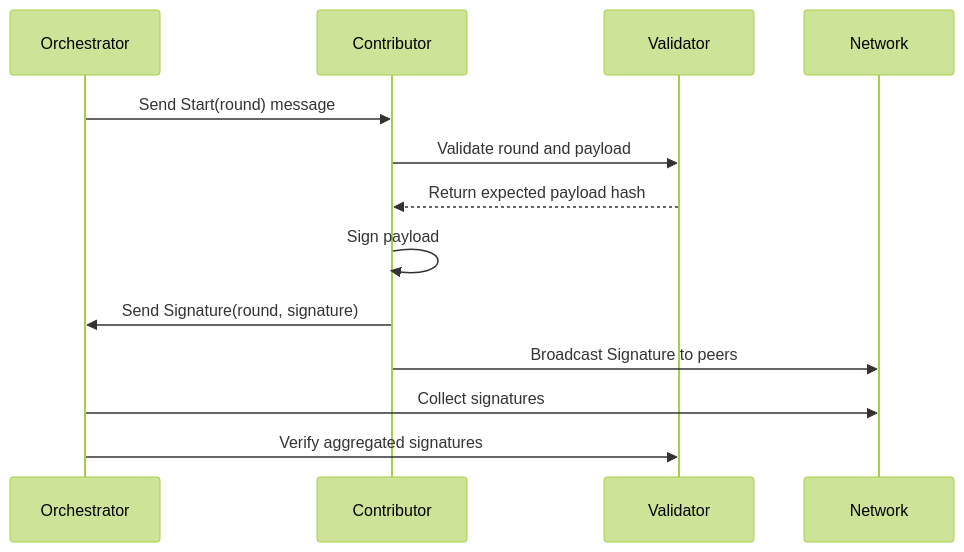
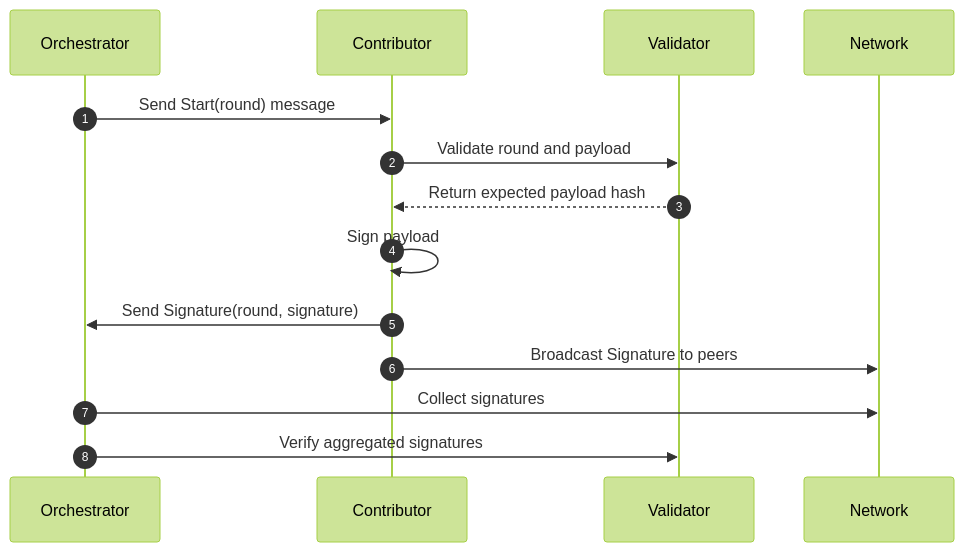
One commit to BreadchainCoop/commonware-avs-router changed the second of 2 diagrams in README.md. Above: the diagram before and after it, drawn with Mermaid (forest theme).

````diff
--- a/README.md
+++ b/README.md
@@ -80,16 +80,17 @@
 ```mermaid
 sequenceDiagram
+autonumber
     participant Orchestrator
     participant Contributor
     participant Validator
     participant Network
 
     Orchestrator->>Contributor: Send Start(round) message
     Contributor->>Validator: Validate round and payload
     Validator-->>Contributor: Return expected payload hash
     Contributor->>Contributor: Sign payload
     Contributor->>Orchestrator: Send Signature(round, signature)
     Contributor->>Network: Broadcast Signature to peers
     Orchestrator->>Network: Collect signatures
     Orchestrator->>Validator: Verify aggregated signatures
 ```
````
